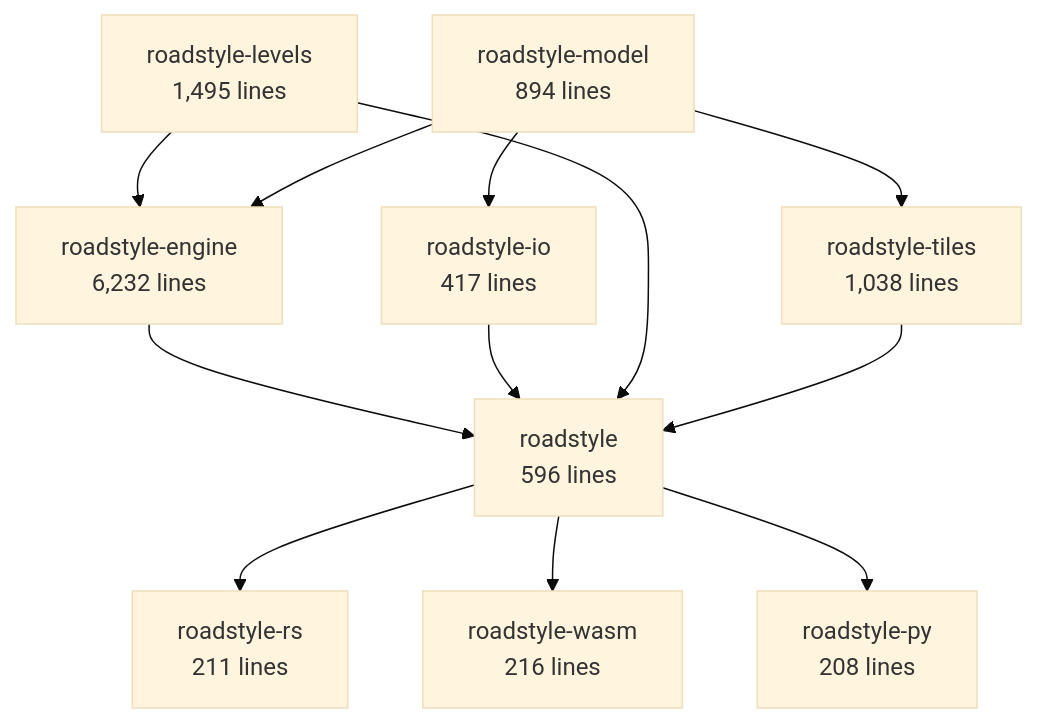
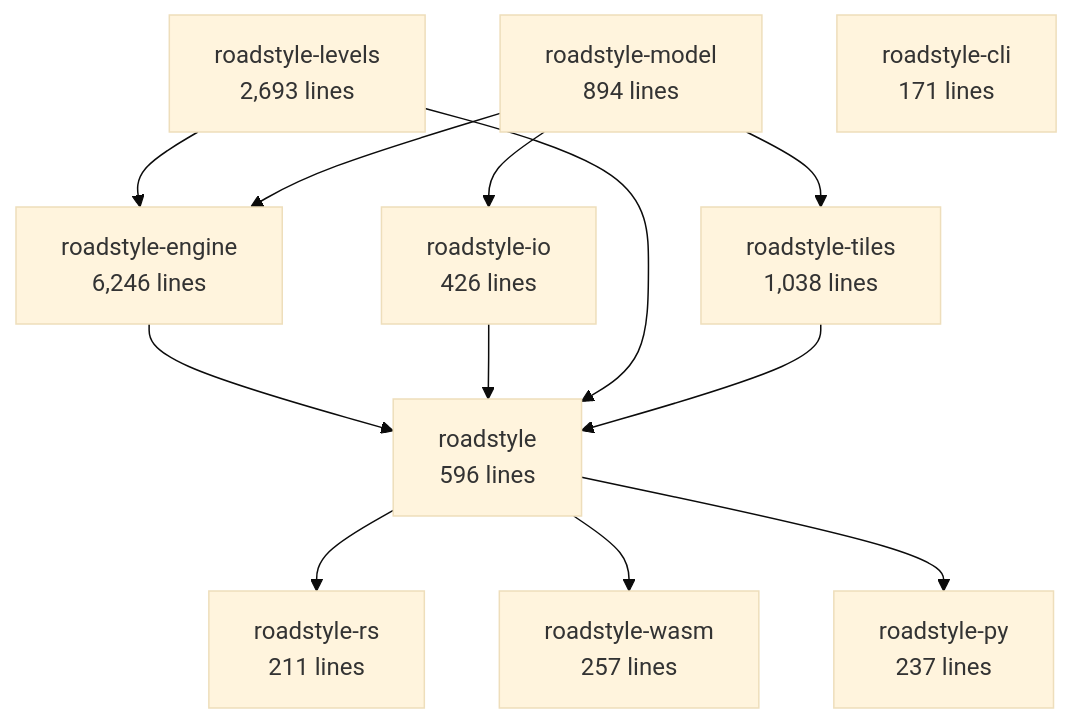
One commit to Khoshkhah/roadstyle changed the second of 6 diagrams in docs/rust/architecture.md. Above: the diagram before and after it, drawn with Mermaid (base theme). The commit also changed other lines of this file, not shown here.

Commit message:
docs: the architecture page made again from the code

````diff
--- a/docs/rust/architecture.md
+++ b/docs/rust/architecture.md
@@ -69,23 +69,24 @@
 ```mermaid
 flowchart TB
     roadstyle_model["roadstyle-model<br/>894 lines"]
-    roadstyle_io["roadstyle-io<br/>417 lines"]
-    roadstyle_levels["roadstyle-levels<br/>1,495 lines"]
-    roadstyle_engine["roadstyle-engine<br/>6,232 lines"]
+    roadstyle_io["roadstyle-io<br/>426 lines"]
+    roadstyle_levels["roadstyle-levels<br/>2,693 lines"]
+    roadstyle_engine["roadstyle-engine<br/>6,246 lines"]
     roadstyle_tiles["roadstyle-tiles<br/>1,038 lines"]
     roadstyle["roadstyle<br/>596 lines"]
     roadstyle_rs["roadstyle-rs<br/>211 lines"]
-    roadstyle_wasm["roadstyle-wasm<br/>216 lines"]
-    roadstyle_py["roadstyle-py<br/>208 lines"]
+    roadstyle_wasm["roadstyle-wasm<br/>257 lines"]
+    roadstyle_py["roadstyle-py<br/>237 lines"]
+    roadstyle_cli["roadstyle-cli<br/>171 lines"]
     roadstyle_model --> roadstyle_io
     roadstyle_levels --> roadstyle_engine
     roadstyle_model --> roadstyle_engine
     roadstyle_model --> roadstyle_tiles
     roadstyle_engine --> roadstyle
     roadstyle_io --> roadstyle
     roadstyle_levels --> roadstyle
     roadstyle_tiles --> roadstyle
     roadstyle --> roadstyle_rs
     roadstyle --> roadstyle_wasm
     roadstyle --> roadstyle_py
 ```
````
